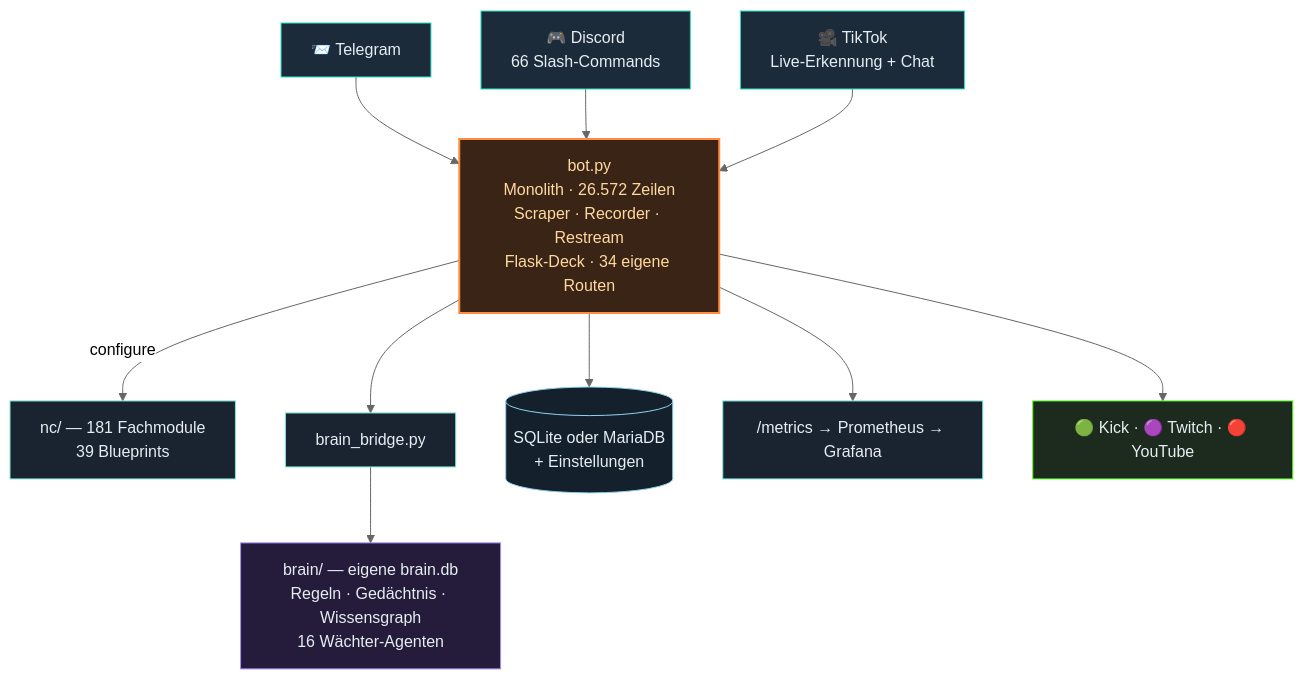
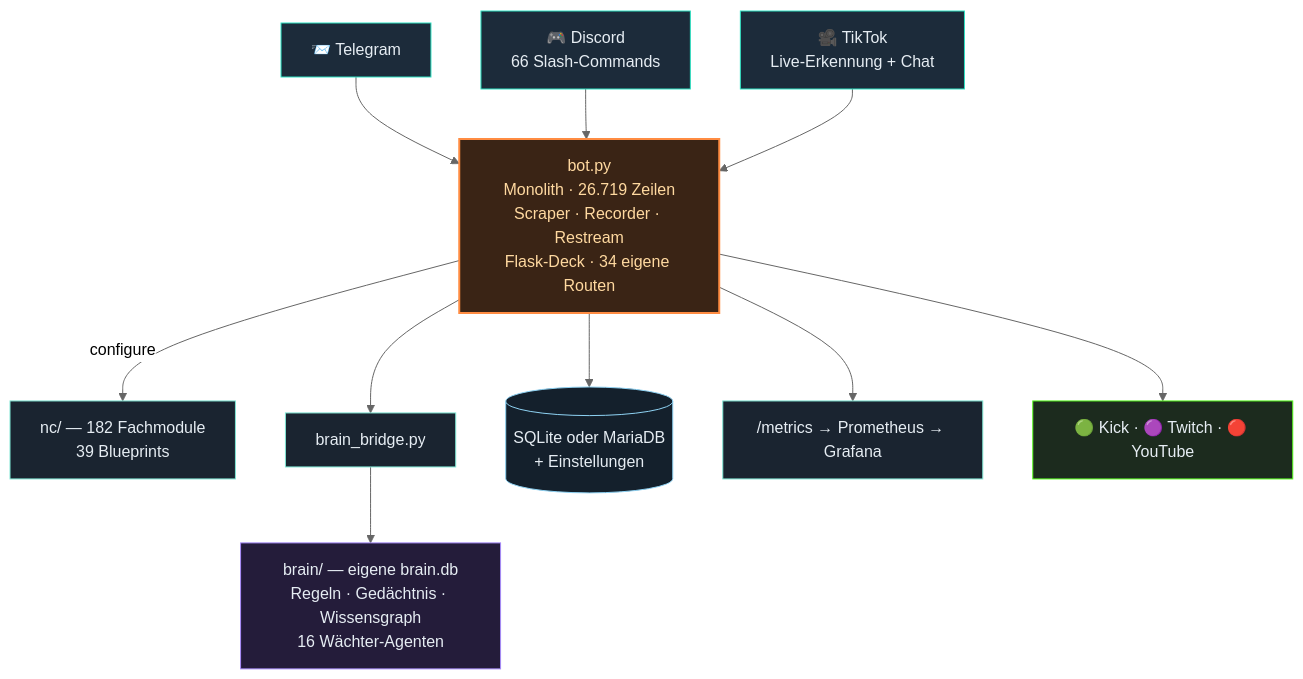
One commit to itsamemedev/Telegram-Stream-Info-Bot changed the second of 3 diagrams in README.md. Above: the diagram before and after it, drawn with Mermaid (neutral theme). The commit also changed other lines of this file and 13 other files, not shown here.

````diff
--- a/README.md
+++ b/README.md
@@ -118,19 +118,19 @@
 ```mermaid
 flowchart TB
     TG["📨 Telegram"]:::ein --> BOT
     DC["🎮 Discord<br/>66 Slash-Commands"]:::ein --> BOT
     TT["🎥 TikTok<br/>Live-Erkennung + Chat"]:::ein --> BOT
-    BOT["bot.py<br/>Monolith · 26.572 Zeilen<br/>Scraper · Recorder · Restream<br/>Flask-Deck · 34 eigene Routen"]:::core
-    BOT -->|configure| NC["nc/ — 181 Fachmodule<br/>39 Blueprints"]:::lib
+    BOT["bot.py<br/>Monolith · 26.719 Zeilen<br/>Scraper · Recorder · Restream<br/>Flask-Deck · 34 eigene Routen"]:::core
+    BOT -->|configure| NC["nc/ — 182 Fachmodule<br/>39 Blueprints"]:::lib
     BOT --> BR["brain_bridge.py"]:::lib
     BR --> BRAIN["brain/ — eigene brain.db<br/>Regeln · Gedächtnis · Wissensgraph<br/>16 Wächter-Agenten"]:::brain
     BOT --> DB[("SQLite oder MariaDB<br/>+ Einstellungen")]:::db
     BOT --> PROM["/metrics → Prometheus → Grafana"]:::lib
     BOT --> OUT["🟢 Kick · 🟣 Twitch · 🔴 YouTube"]:::out
     classDef ein fill:#1c2b3a,stroke:#2de1c2,color:#e6edf3
     classDef core fill:#3a2415,stroke:#ff8c42,stroke-width:2px,color:#ffd9a0
     classDef lib fill:#1a2430,stroke:#7fe7d4,color:#e6edf3
     classDef brain fill:#241c3a,stroke:#a78bfa,color:#e6edf3
     classDef db fill:#14202c,stroke:#8fd3f4,color:#e6edf3
     classDef out fill:#1c2b1e,stroke:#53fc18,color:#e6edf3
 ```
````
